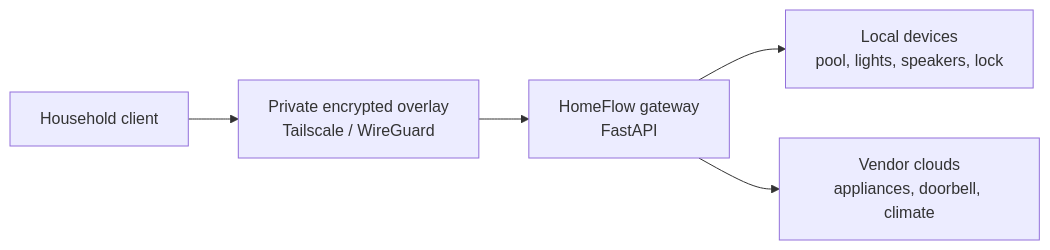
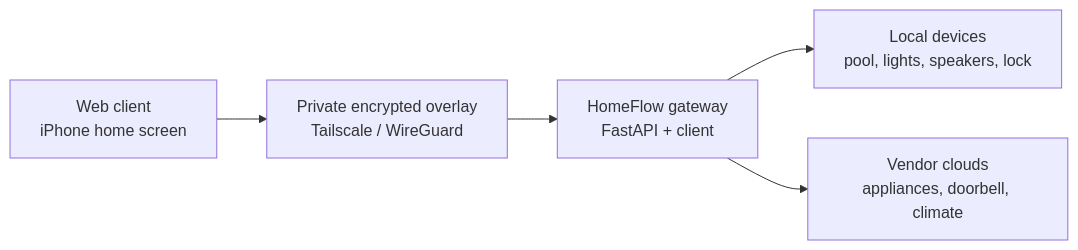
The first of 3 diagrams in README.md (mariohansen/homeflow), drawn with Mermaid before and after one commit. The commit also changed other lines of this file and 66 other files, not shown here.

````diff
--- a/README.md
+++ b/README.md
@@ -32,12 +33,12 @@
 ```mermaid
 flowchart LR
-    CLIENT["Household client"]
+    CLIENT["Web client<br/>iPhone home screen"]
     VPN["Private encrypted overlay<br/>Tailscale / WireGuard"]
-    GATEWAY["HomeFlow gateway<br/>FastAPI"]
+    GATEWAY["HomeFlow gateway<br/>FastAPI + client"]
     LOCAL["Local devices<br/>pool, lights, speakers, lock"]
     CLOUD["Vendor clouds<br/>appliances, doorbell, climate"]
 
     CLIENT --> VPN --> GATEWAY
     GATEWAY --> LOCAL
     GATEWAY --> CLOUD
 ```
````
